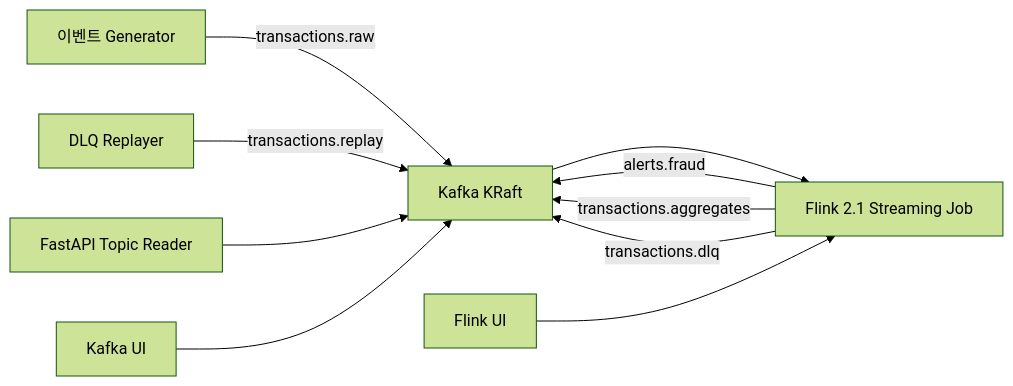
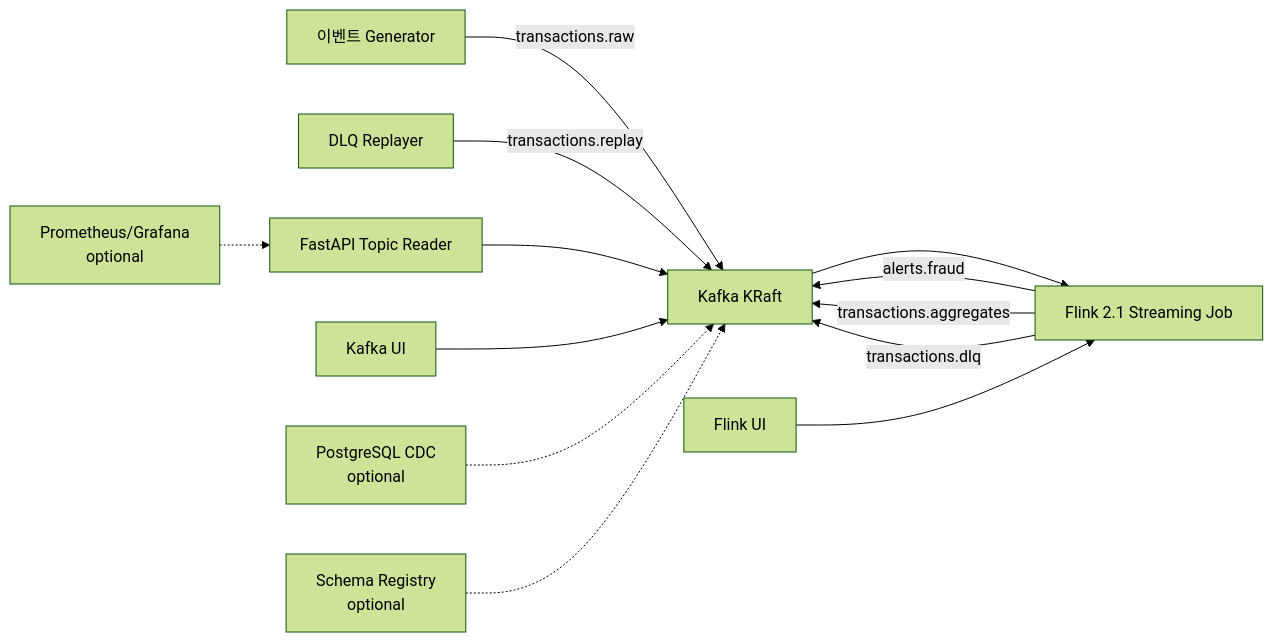
One commit to jaejungscene/flink-kafka-realtime-lab changed the diagram in README.md. Above: the diagram before and after it, drawn with Mermaid (forest theme). The commit also changed other lines of this file and 35 other files, not shown here.

````diff
--- a/README.md
+++ b/README.md
@@ -18,12 +20,15 @@
 ```mermaid
 flowchart LR
     G["이벤트 Generator"] -->|transactions.raw| K["Kafka KRaft"]
     R["DLQ Replayer"] -->|transactions.replay| K
     K --> F["Flink 2.1 Streaming Job"]
     F -->|alerts.fraud| K
     F -->|transactions.aggregates| K
     F -->|transactions.dlq| K
     API["FastAPI Topic Reader"] --> K
     UI["Kafka UI"] --> K
     FU["Flink UI"] --> F
+    PG["PostgreSQL CDC<br/>optional"] -.-> K
+    SR["Schema Registry<br/>optional"] -.-> K
+    OBS["Prometheus/Grafana<br/>optional"] -.-> API
 ```
````
